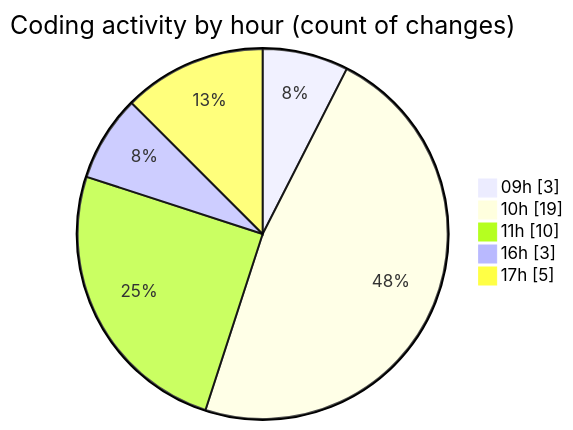
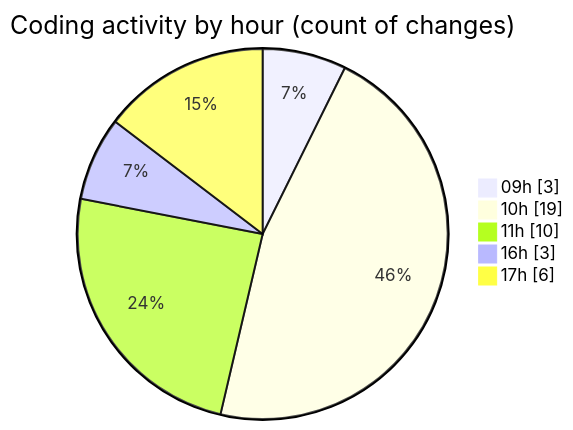
One commit to momahboobian/code-tracking changed the second of 2 diagrams in 2025-08-08/cda/README.md. Above: the diagram before and after it, drawn with Mermaid. The commit also changed other lines of this file and 1 other file, not shown here.

````diff
--- a/2025-08-08/cda/README.md
+++ b/2025-08-08/cda/README.md
@@ -35,9 +35,9 @@
 ```mermaid
 pie showData
 title Coding activity by hour (count of changes)
 "09h" : 3
 "10h" : 19
 "11h" : 10
 "16h" : 3
-"17h" : 5
+"17h" : 6
 ```
````
